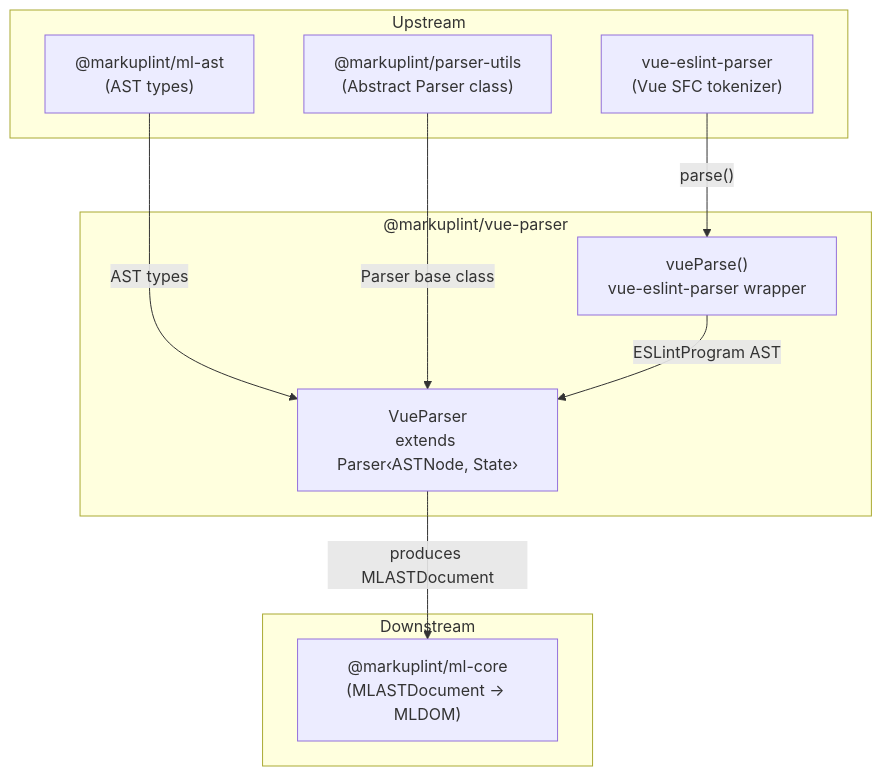
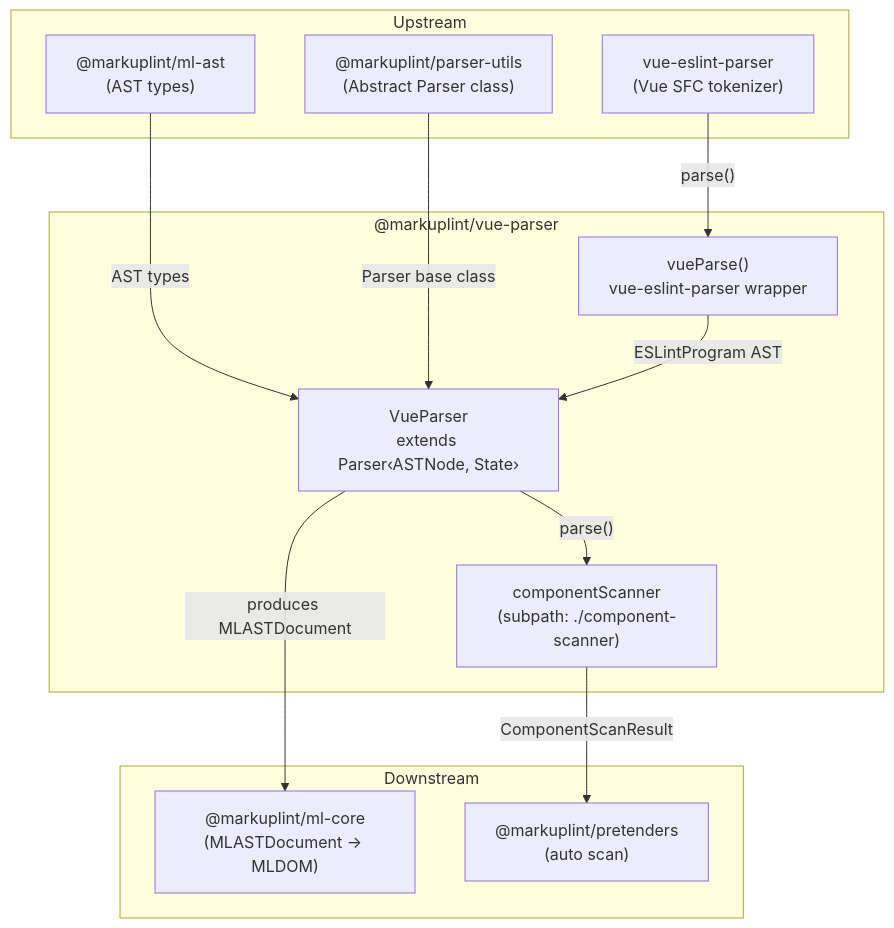
One commit to markuplint/markuplint changed the first of 2 diagrams in packages/@markuplint/vue-parser/ARCHITECTURE.md. Above: the diagram before and after it, drawn with Mermaid. The commit also changed other lines of this file and 5 other files, not shown here.

First line of the commit message:
docs: add component-scanner to parser ARCHITECTURE.md files

````diff
--- a/packages/@markuplint/vue-parser/ARCHITECTURE.md
+++ b/packages/@markuplint/vue-parser/ARCHITECTURE.md
@@ -20,24 +22,28 @@
 ```mermaid
 flowchart TD
     subgraph upstream ["Upstream"]
         mlAst["@markuplint/ml-ast\n(AST types)"]
         parserUtils["@markuplint/parser-utils\n(Abstract Parser class)"]
         vueEslintParser["vue-eslint-parser\n(Vue SFC tokenizer)"]
     end
 
     subgraph pkg ["@markuplint/vue-parser"]
         vueParser["VueParser\nextends Parser‹ASTNode, State›"]
         vueParseFn["vueParse()\nvue-eslint-parser wrapper"]
+        compScanner["componentScanner\n(subpath: ./component-scanner)"]
     end
 
     subgraph downstream ["Downstream"]
         mlCore["@markuplint/ml-core\n(MLASTDocument → MLDOM)"]
+        pretenders["@markuplint/pretenders\n(auto scan)"]
     end
 
     mlAst -->|"AST types"| vueParser
     parserUtils -->|"Parser base class"| vueParser
     vueEslintParser -->|"parse()"| vueParseFn
     vueParseFn -->|"ESLintProgram AST"| vueParser
 
     vueParser -->|"produces MLASTDocument"| mlCore
+    vueParser -->|"parse()"| compScanner
+    compScanner -->|"ComponentScanResult"| pretenders
 ```
````
